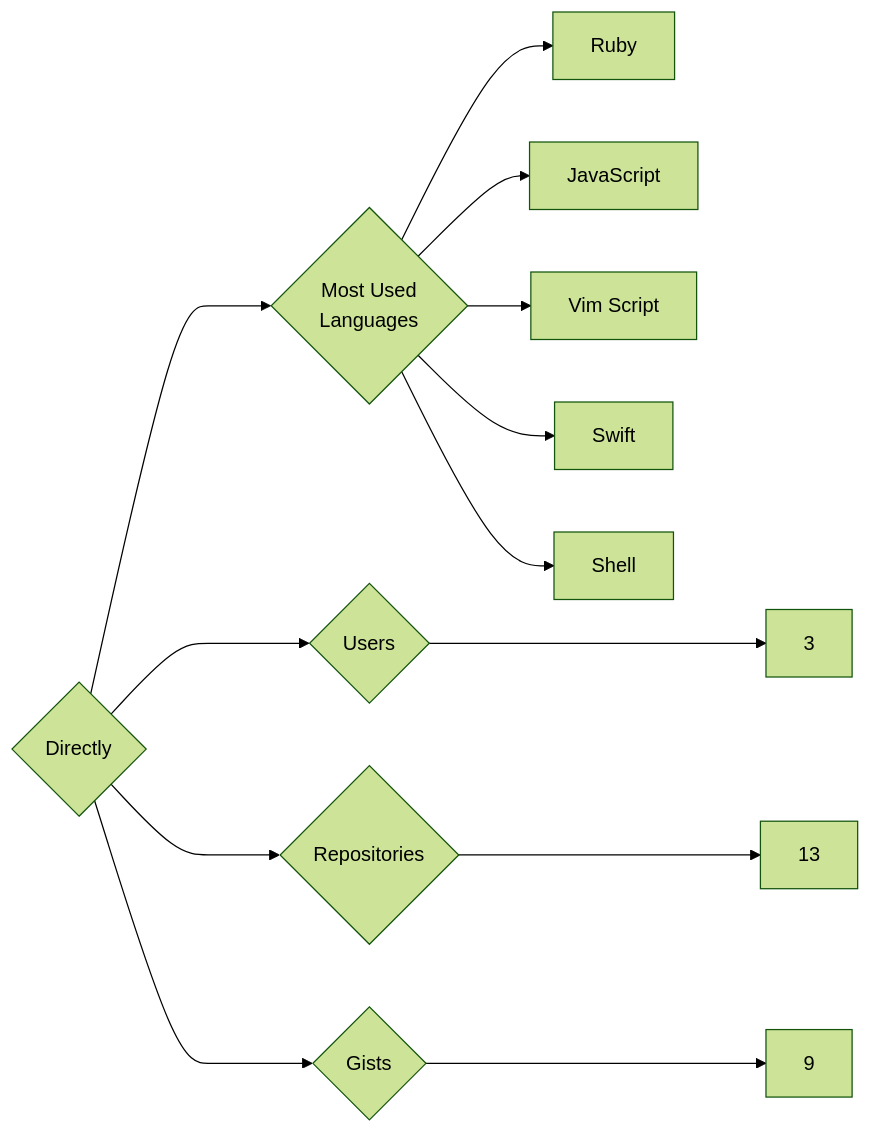
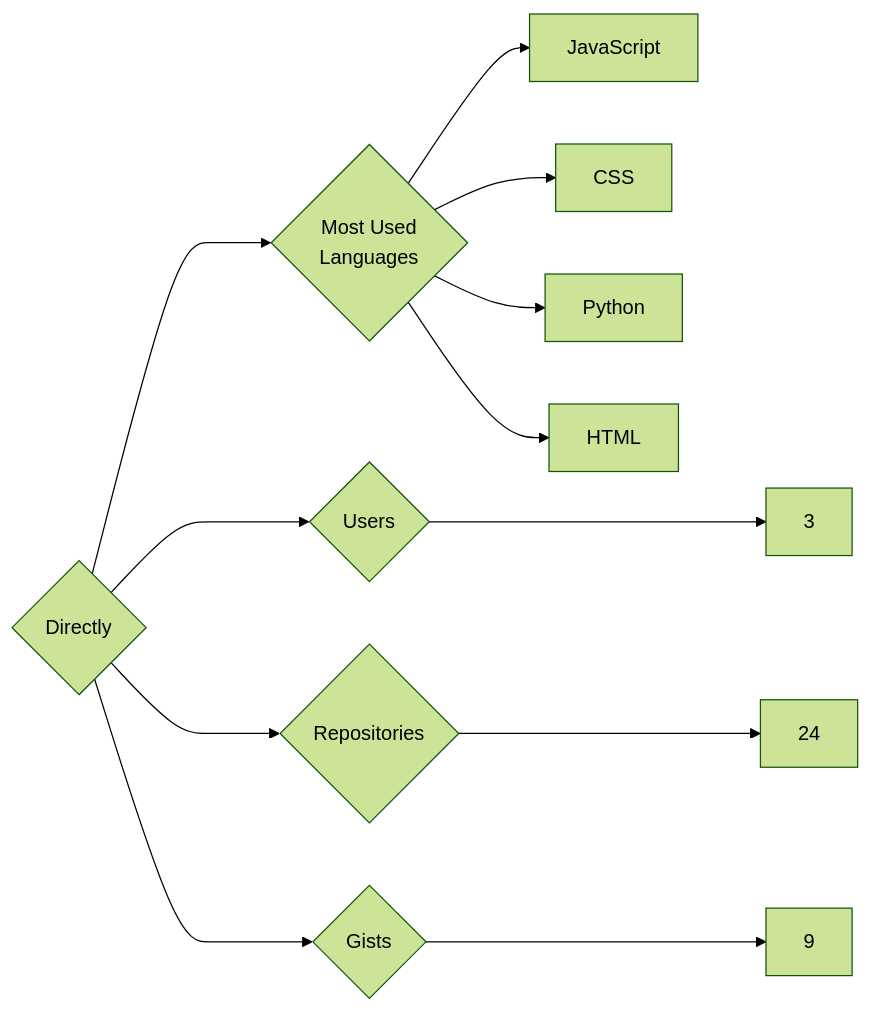
The diagram in targets/Directly/README.md (trickest/insiders), drawn with Mermaid (forest theme) before and after one commit. The commit also changed 840 other files, not shown here.

````diff
--- a/targets/Directly/README.md
+++ b/targets/Directly/README.md
@@ -3,13 +3,12 @@
 ```mermaid
 graph LR
 COMPANY_NAME{Directly}
 COMPANY_NAME ---> U{Users} ---> UN[3]
-COMPANY_NAME ---> R{Repositories} ---> RN[13]
+COMPANY_NAME ---> R{Repositories} ---> RN[24]
 COMPANY_NAME ---> G{Gists} ---> GN[9]
 COMPANY_NAME ---> ML{Most Used<br>Languages}
-ML --> Ruby[Ruby]
 ML --> JavaScript[JavaScript]
-ML --> Vim_Script[Vim Script]
-ML --> Swift[Swift]
-ML --> Shell[Shell]
+ML --> CSS[CSS]
+ML --> Python[Python]
+ML --> HTML[HTML]
 ```
````
